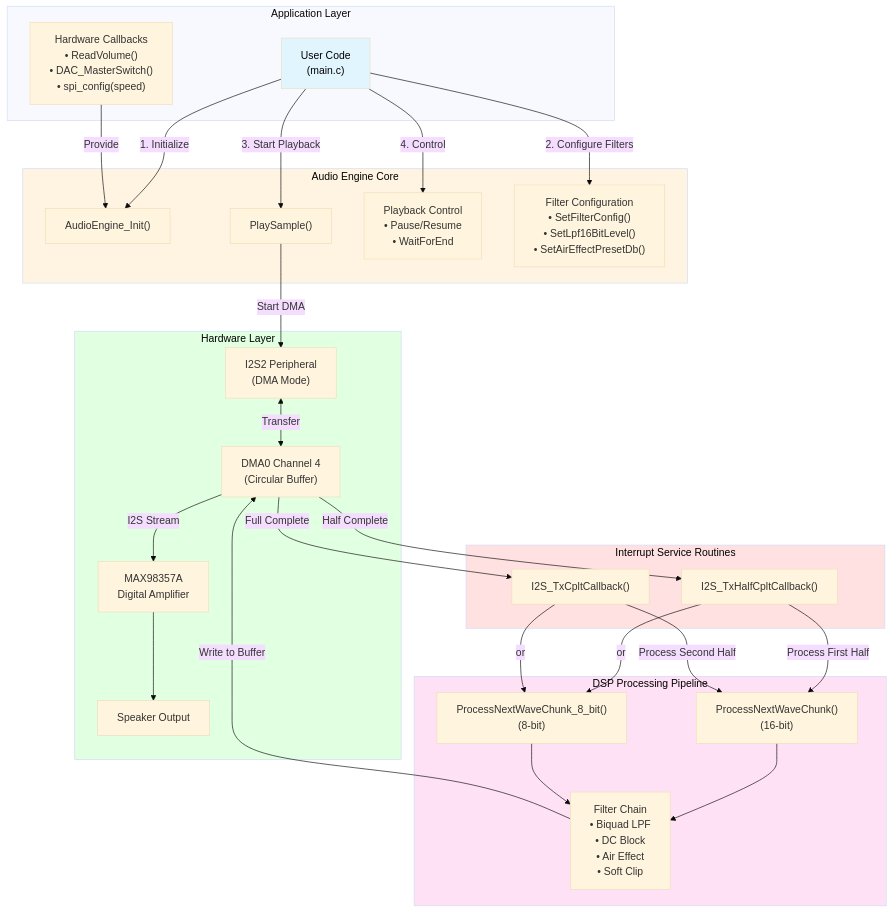
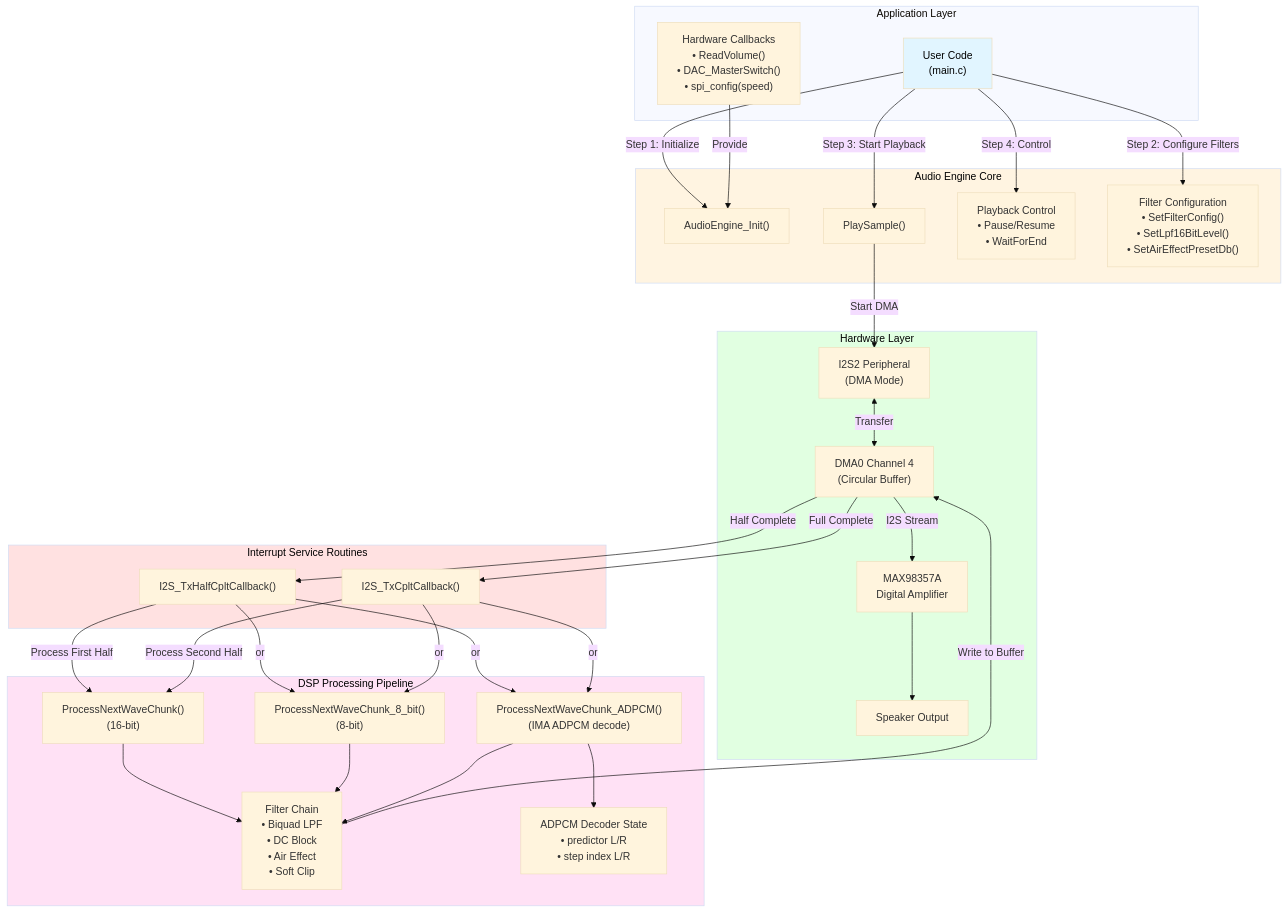
One commit to JennyDigital/GD32WavePlayer changed the first of 11 diagrams in Docs/AUDIO_ENGINE_FLOWCHART.md. Above: the diagram before and after it, drawn with Mermaid (base theme). The commit also changed other lines of this file and 27 other files, not shown here.

Commit message:
FEATURE: Added ADPCM decode support.

````diff
--- a/Docs/AUDIO_ENGINE_FLOWCHART.md
+++ b/Docs/AUDIO_ENGINE_FLOWCHART.md
@@ -7,62 +7,68 @@
 ```mermaid
 flowchart TB
   subgraph Application["Application Layer"]
     User["User Code<br/>(main.c)"]
     Callbacks["Hardware Callbacks<br/>• ReadVolume()<br/>• DAC_MasterSwitch()<br/>• spi_config(speed)"]
   end
 
   subgraph Engine["Audio Engine Core"]
     Init["AudioEngine_Init()"]
     Play["PlaySample()"]
     Control["Playback Control<br/>• Pause/Resume<br/>• WaitForEnd"]
     Config["Filter Configuration<br/>• SetFilterConfig()<br/>• SetLpf16BitLevel()<br/>• SetAirEffectPresetDb()"]
   end
 
   subgraph DSP["DSP Processing Pipeline"]
     Process16["ProcessNextWaveChunk()<br/>(16-bit)"]
     Process8["ProcessNextWaveChunk_8_bit()<br/>(8-bit)"]
+    ProcessADPCM["ProcessNextWaveChunk_ADPCM()<br/>(IMA ADPCM decode)"]
     Filters["Filter Chain<br/>• Biquad LPF<br/>• DC Block<br/>• Air Effect<br/>• Soft Clip"]
+    AdpcmState["ADPCM Decoder State<br/>• predictor L/R<br/>• step index L/R"]
   end
 
   subgraph Hardware["Hardware Layer"]
     I2S["I2S2 Peripheral<br/>(DMA Mode)"]
     DMA["DMA0 Channel 4<br/>(Circular Buffer)"]
     DAC["MAX98357A<br/>Digital Amplifier"]
     Speaker["Speaker Output"]
   end
 
   subgraph ISR["Interrupt Service Routines"]
     HalfCplt["I2S_TxHalfCpltCallback()"]
     FullCplt["I2S_TxCpltCallback()"]
   end
 
-  User -->|"1. Initialize"| Init
+  User -->|"Step 1: Initialize"| Init
   Callbacks -->|"Provide"| Init
-  User -->|"2. Configure Filters"| Config
-  User -->|"3. Start Playback"| Play
-  User -->|"4. Control"| Control
+  User -->|"Step 2: Configure Filters"| Config
+  User -->|"Step 3: Start Playback"| Play
+  User -->|"Step 4: Control"| Control
 
   Play -->|"Start DMA"| I2S
   I2S <-->|"Transfer"| DMA
   
   DMA -->|"Half Complete"| HalfCplt
   DMA -->|"Full Complete"| FullCplt
   
   HalfCplt -->|"Process First Half"| Process16
   HalfCplt -->|"or"| Process8
+  HalfCplt -->|"or"| ProcessADPCM
   FullCplt -->|"Process Second Half"| Process16
   FullCplt -->|"or"| Process8
+  FullCplt -->|"or"| ProcessADPCM
   
   Process16 --> Filters
   Process8 --> Filters
+  ProcessADPCM --> AdpcmState
+  ProcessADPCM --> Filters
   
   Filters -->|"Write to Buffer"| DMA
   DMA -->|"I2S Stream"| DAC
   DAC --> Speaker
 
   style User fill:#e1f5ff,color:#000000
   style Engine fill:#fff4e1,color:#000000
   style DSP fill:#ffe1f5,color:#000000
   style Hardware fill:#e1ffe1,color:#000000
   style ISR fill:#ffe1e1,color:#000000
 ```
````
